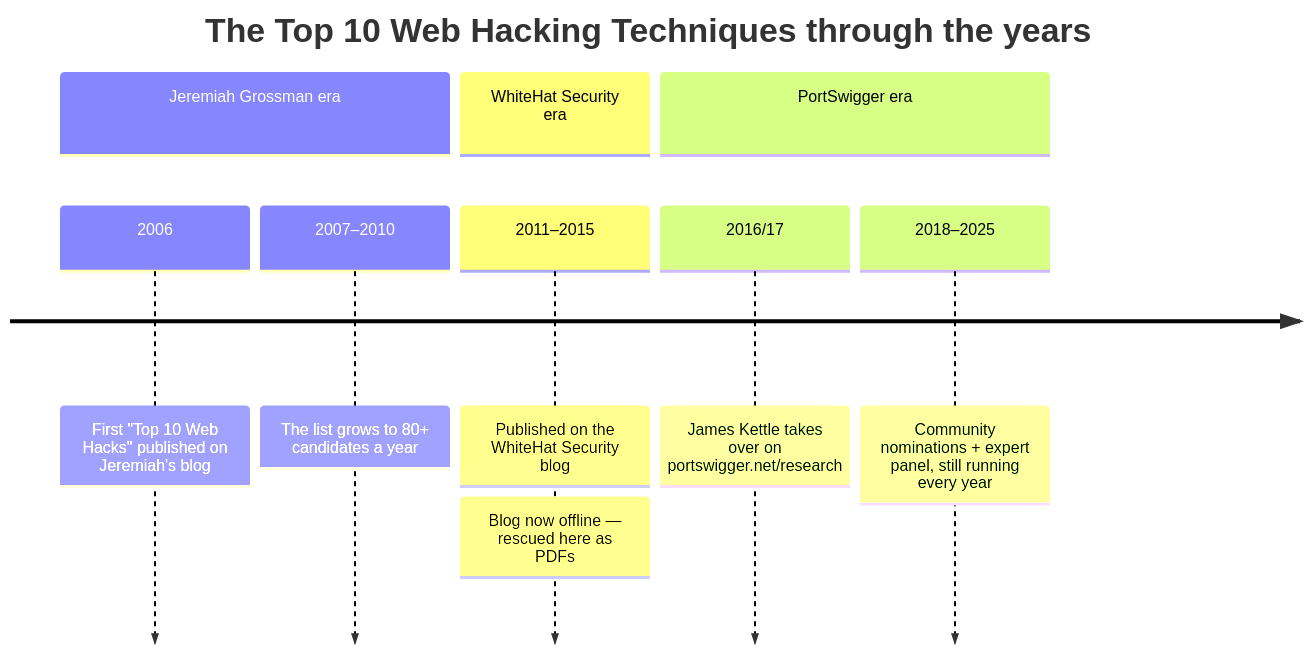
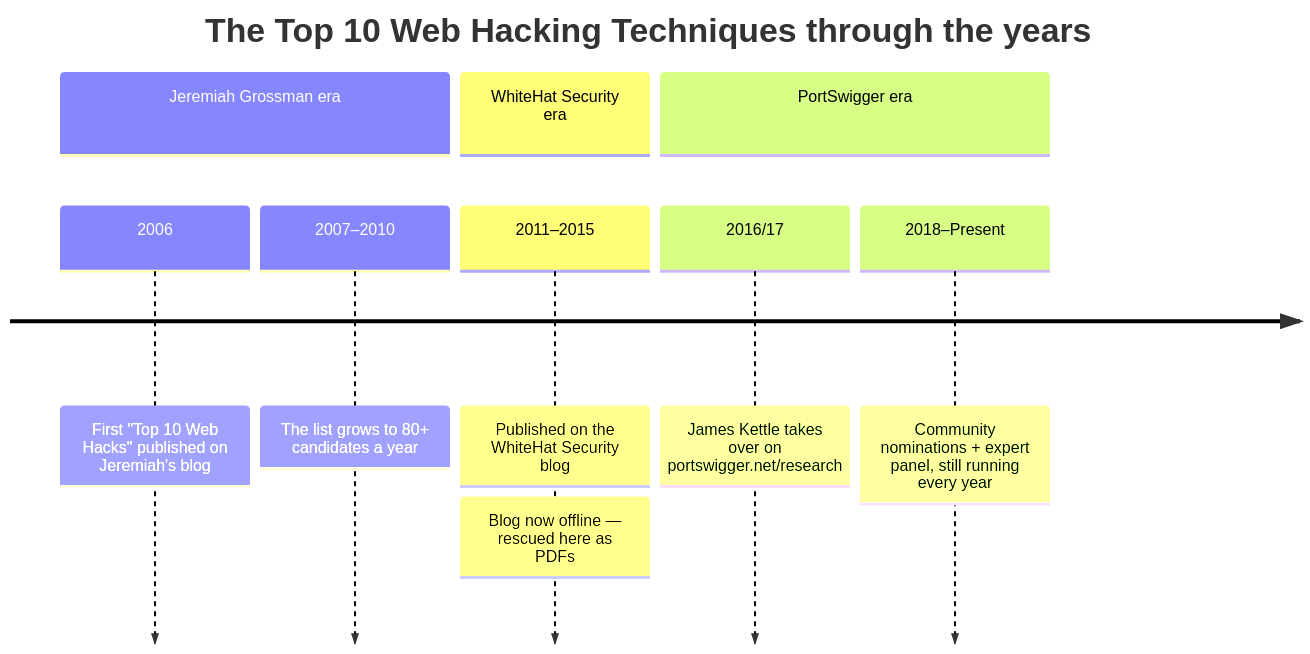
The diagram in README.md (irsdl/webhacklist), drawn with Mermaid before and after one commit.

Commit message:
Keep the PortSwigger timeline open-ended

````diff
--- a/README.md
+++ b/README.md
@@ -198,13 +198,13 @@
 ```mermaid
 timeline
     title The Top 10 Web Hacking Techniques through the years
     section Jeremiah Grossman era
         2006 : First "Top 10 Web Hacks" published on Jeremiah's blog
         2007–2010 : The list grows to 80+ candidates a year
     section WhiteHat Security era
         2011–2015 : Published on the WhiteHat Security blog
                   : Blog now offline — rescued here as PDFs
     section PortSwigger era
         2016/17 : James Kettle takes over on portswigger.net/research
-        2018–2025 : Community nominations + expert panel, still running every year
+        2018–Present : Community nominations + expert panel, still running every year
 ```
````
